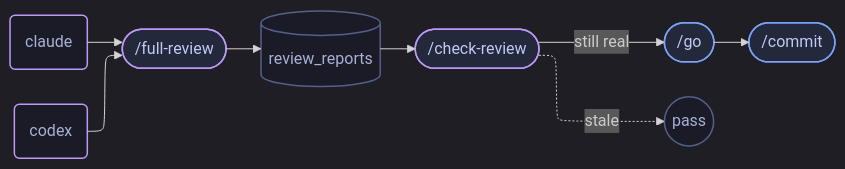
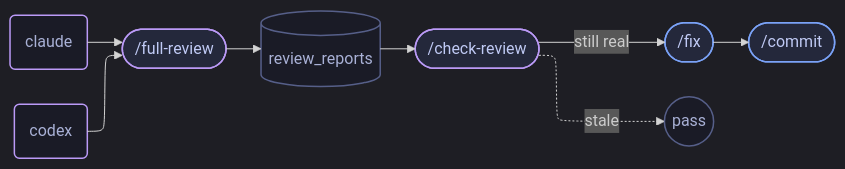
The third of 3 diagrams in README.md (LeanderLXZ/holo), drawn with Mermaid before and after one commit. The commit also changed other lines of this file and 11 other files, not shown here.

````diff
--- a/README.md
+++ b/README.md
@@ -258,19 +264,19 @@
 ```mermaid
 %%{init: {'theme':'dark', 'flowchart': {'defaultRenderer': 'elk'}}}%%
 flowchart LR
   Claude(claude) --> Review(["/full-review"])
   Codex(codex) --> Review
   Review --> Report[("review_reports")]
   Report --> Check(["/check-review"])
-  Check -- still real --> Fix(["/go"]) --> Commit(["/commit"])
+  Check -- still real --> Fix(["/fix"]) --> Commit(["/commit"])
   Check -. stale .-> Pass((pass))
 
   classDef workflow fill:#24283b,stroke:#7aa2f7,color:#c0caf5,stroke-width:1.5px
   classDef review fill:#24283b,stroke:#bb9af7,color:#c0caf5,stroke-width:1.5px
   classDef agent fill:#1a1b26,stroke:#bb9af7,color:#a9b1d6,stroke-width:1.5px
   classDef state fill:#1a1b26,stroke:#565f89,color:#a9b1d6,stroke-width:1.5px
   class Fix,Commit workflow
   class Review,Check review
   class Claude,Codex agent
   class Report,Pass state
 ```
````
